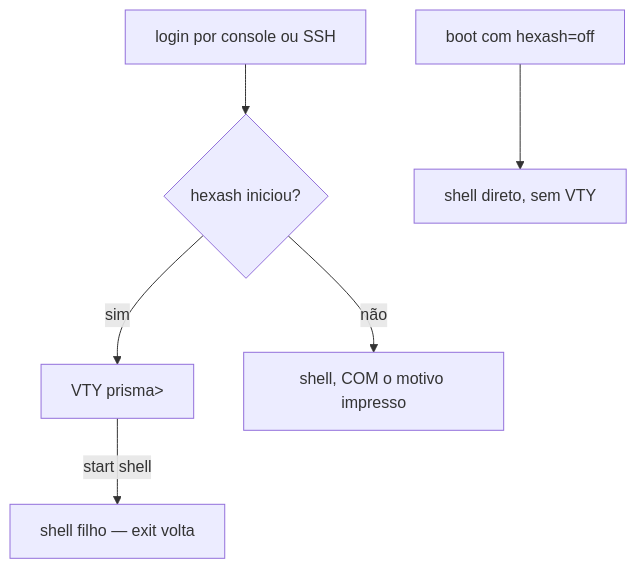
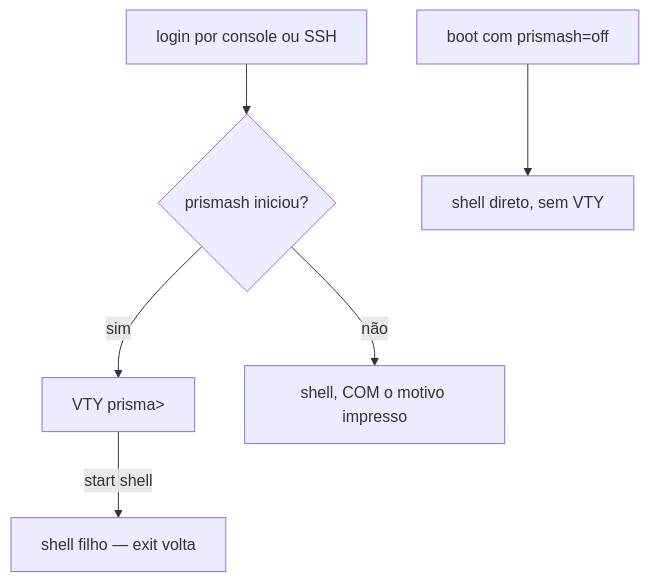
Before and after one commit to andrediashexa/prismarouting: the diagram in wiki/comecar-aqui/acesso-login-e-papeis.md, drawn with Mermaid. The commit also changed other lines of this file and 226 other files, not shown here.

````diff
--- a/wiki/comecar-aqui/acesso-login-e-papeis.md
+++ b/wiki/comecar-aqui/acesso-login-e-papeis.md
@@ -3,8 +3,8 @@
 ```mermaid
 flowchart TD
-    L["login por console ou SSH"] --> H{"hexash iniciou?"}
+    L["login por console ou SSH"] --> H{"prismash iniciou?"}
     H -->|sim| V["VTY prisma&gt;"]
     H -->|não| F["shell, COM o motivo impresso"]
     V -->|"start shell"| S["shell filho — exit volta"]
-    B["boot com hexash=off"] --> F2["shell direto, sem VTY"]
+    B["boot com prismash=off"] --> F2["shell direto, sem VTY"]
 ```
````
